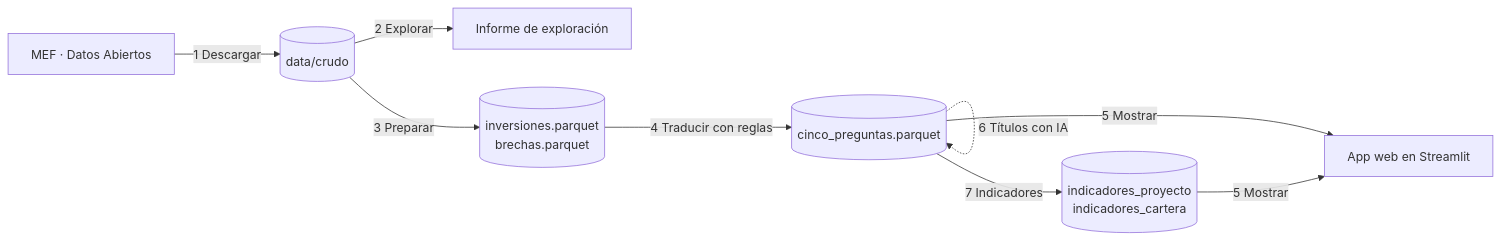
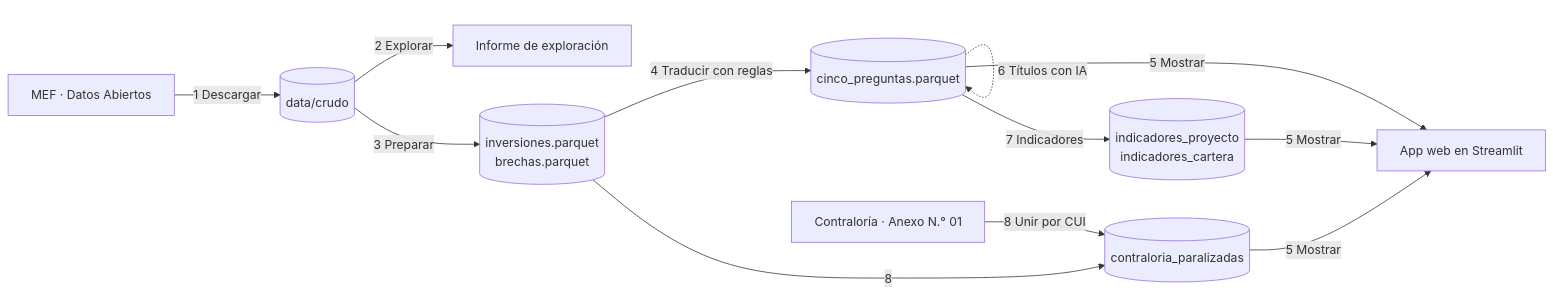
One commit to diegosimemirror/tarea5 changed the diagram in docs/mapa_de_procesos.md. Above: the diagram before and after it, drawn with Mermaid. The commit also changed other lines of this file and 9 other files, not shown here.

````diff
--- a/docs/mapa_de_procesos.md
+++ b/docs/mapa_de_procesos.md
@@ -16,11 +17,14 @@
 ```mermaid
 flowchart LR
   A[MEF · Datos Abiertos] -->|1 Descargar| B[(data/crudo)]
   B -->|2 Explorar| C[Informe de exploración]
   B -->|3 Preparar| D[(inversiones.parquet<br>brechas.parquet)]
   D -->|4 Traducir con reglas| E[(cinco_preguntas.parquet)]
   E -.->|6 Títulos con IA| E
   E -->|7 Indicadores| G[(indicadores_proyecto<br>indicadores_cartera)]
   E -->|5 Mostrar| F[App web en Streamlit]
   G -->|5 Mostrar| F
+  H[Contraloría · Anexo N.° 01] -->|8 Unir por CUI| I[(contraloria_paralizadas)]
+  D -->|8| I
+  I -->|5 Mostrar| F
 ```
````
